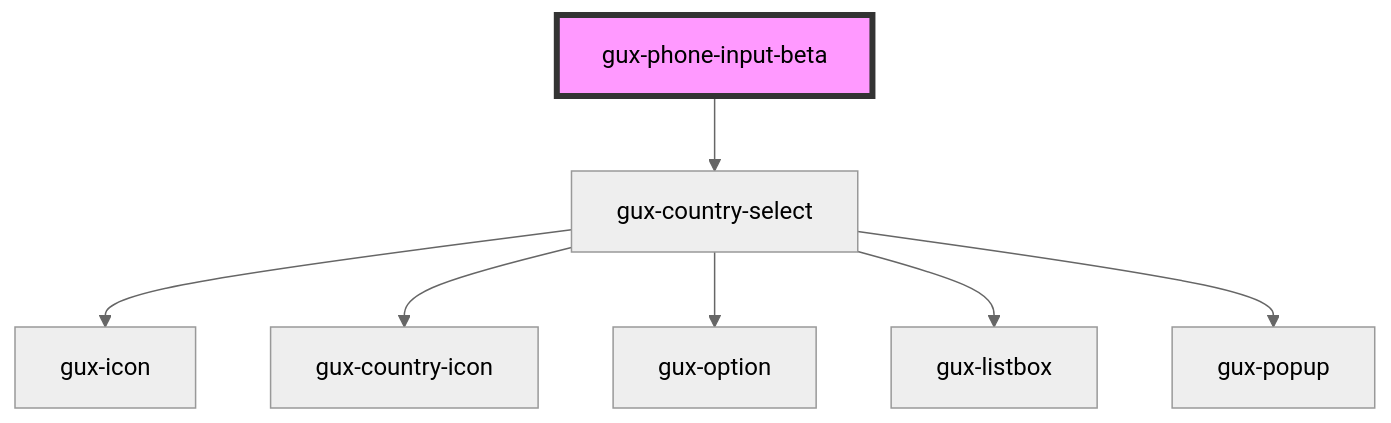
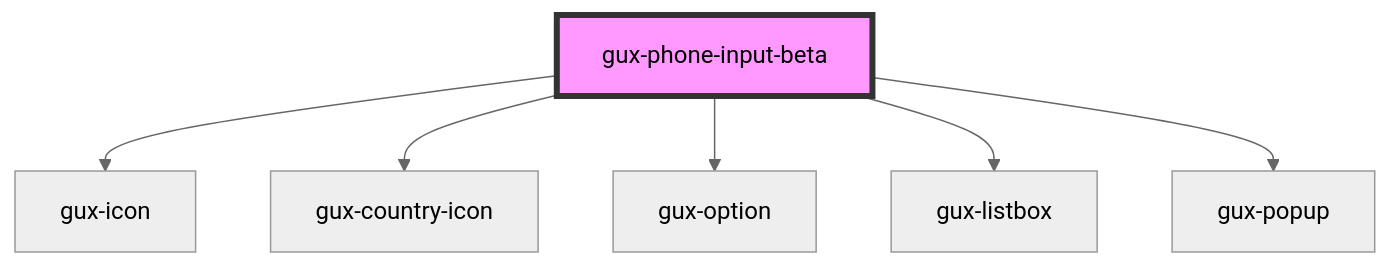
One commit to MyPureCloud/genesys-spark changed the diagram in src/components/beta/gux-phone-input/readme.md. Above: the diagram before and after it, drawn with Mermaid (neutral theme). The commit also changed other lines of this file and 46 other files, not shown here.

Commit message:
chore(phone-input): refactoring to use form-field paradigm like time-picker

````diff
--- a/src/components/beta/gux-phone-input/readme.md
+++ b/src/components/beta/gux-phone-input/readme.md
@@ -32,10 +41,9 @@
 ```mermaid
 graph TD;
-  gux-phone-input-beta --> gux-country-select
-  gux-country-select --> gux-icon
-  gux-country-select --> gux-country-icon
-  gux-country-select --> gux-option
-  gux-country-select --> gux-listbox
-  gux-country-select --> gux-popup
+  gux-phone-input-beta --> gux-icon
+  gux-phone-input-beta --> gux-country-icon
+  gux-phone-input-beta --> gux-option
+  gux-phone-input-beta --> gux-listbox
+  gux-phone-input-beta --> gux-popup
   style gux-phone-input-beta fill:#f9f,stroke:#333,stroke-width:4px
 ```
````
